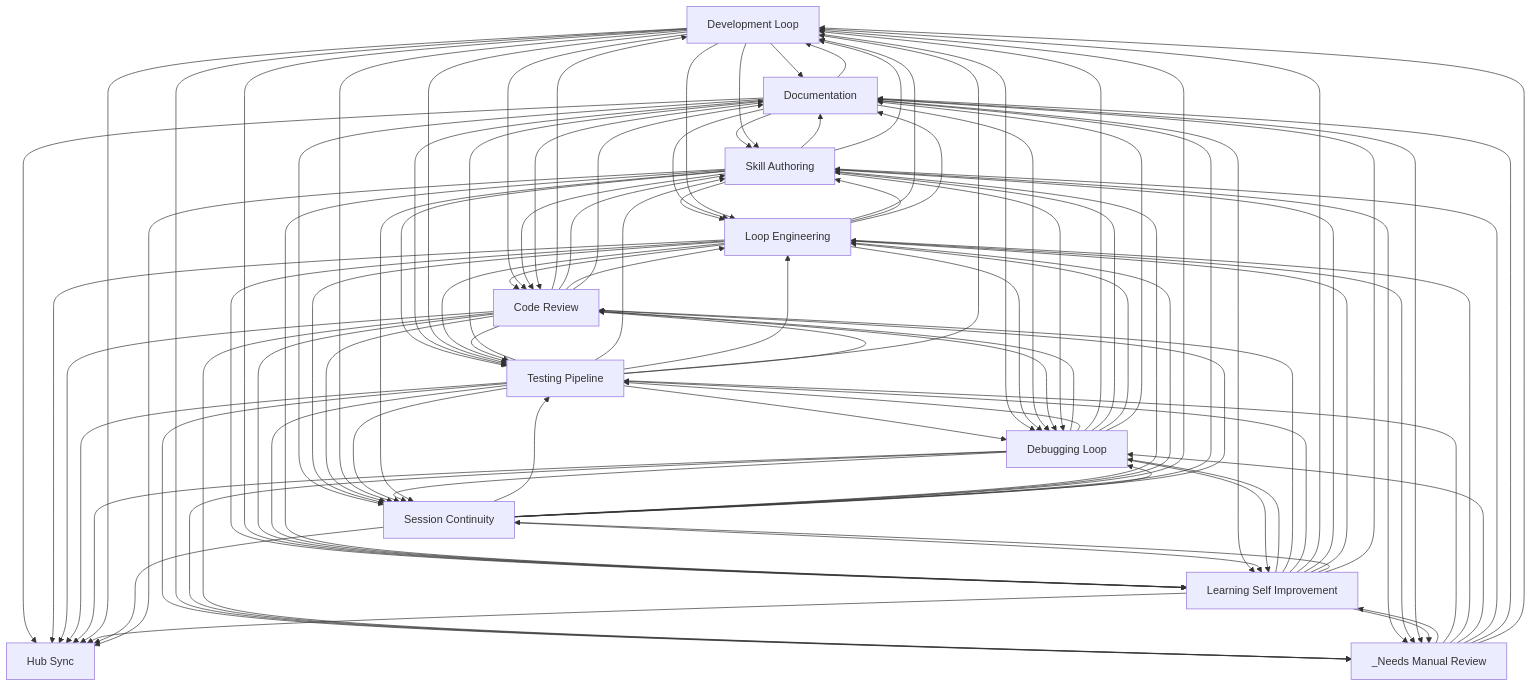
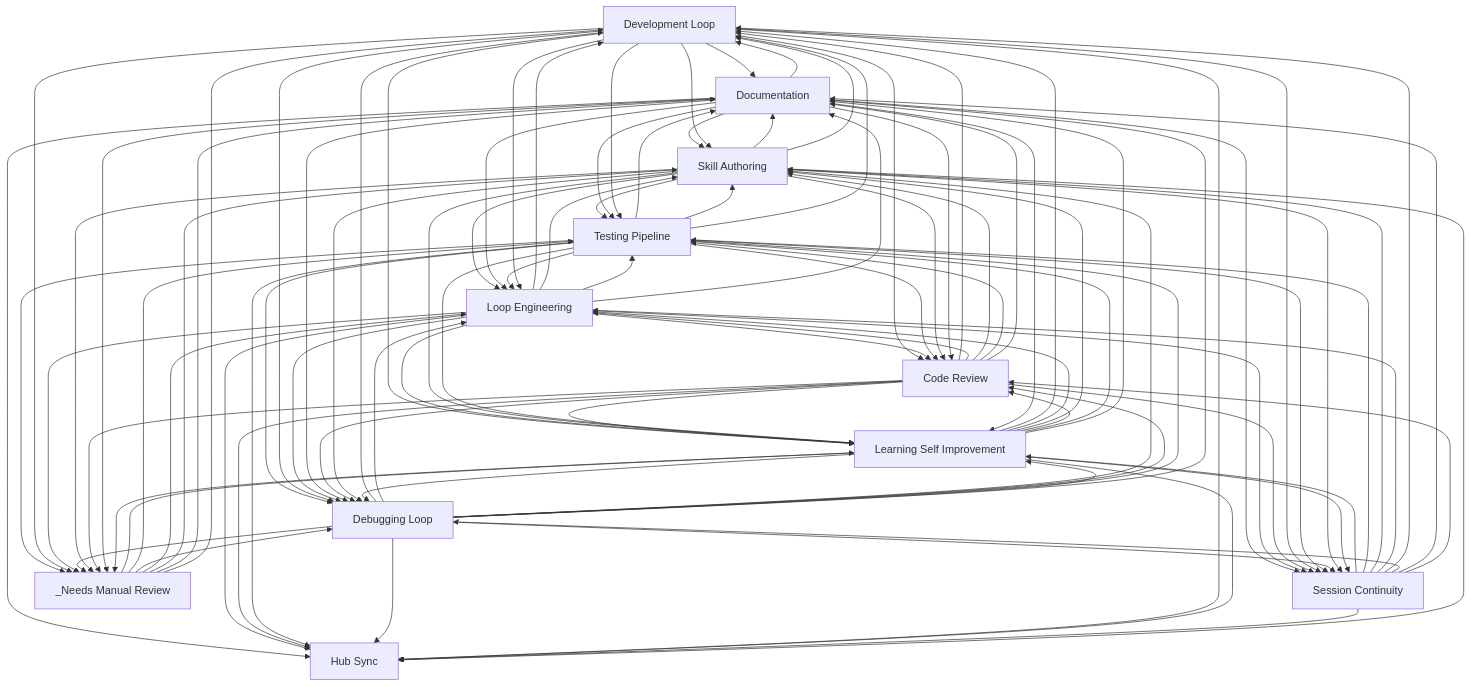
Before and after one commit to abhayla/claude-best-practices: the diagram in docs/workflows/INDEX.md, drawn with Mermaid. The commit also changed other lines of this file and 14 other files, not shown here.

````diff
--- a/docs/workflows/INDEX.md
+++ b/docs/workflows/INDEX.md
@@ -36,51 +36,51 @@
     skill_authoring --> documentation
     testing_pipeline --> documentation
     development_loop --> documentation
+    skill_authoring --> testing_pipeline
     skill_authoring --> loop_engineering
-    skill_authoring --> testing_pipeline
+    documentation --> skill_authoring
+    documentation --> testing_pipeline
+    documentation --> loop_engineering
     testing_pipeline --> skill_authoring
     testing_pipeline --> loop_engineering
-    documentation --> skill_authoring
-    documentation --> loop_engineering
-    documentation --> testing_pipeline
     development_loop --> skill_authoring
+    development_loop --> testing_pipeline
     development_loop --> loop_engineering
-    development_loop --> testing_pipeline
+    development_loop --> code_review
+    loop_engineering --> development_loop
+    loop_engineering --> skill_authoring
     loop_engineering --> code_review
     loop_engineering --> testing_pipeline
-    loop_engineering --> development_loop
-    loop_engineering --> skill_authoring
-    development_loop --> code_review
+    code_review --> development_loop
+    code_review --> loop_engineering
+    code_review --> skill_authoring
     code_review --> testing_pipeline
-    code_review --> development_loop
-    code_review --> skill_authoring
-    code_review --> loop_engineering
+    development_loop --> learning_self_improvement
     loop_engineering --> learning_self_improvement
-    development_loop --> learning_self_improvement
     code_review --> learning_self_improvement
     testing_pipeline --> development_loop
     testing_pipeline --> debugging_loop
     testing_pipeline --> code_review
+    debugging_loop --> development_loop
+    debugging_loop --> loop_engineering
+    debugging_loop --> skill_authoring
     debugging_loop --> code_review
     debugging_loop --> testing_pipeline
-    debugging_loop --> development_loop
-    debugging_loop --> skill_authoring
-    debugging_loop --> loop_engineering
     development_loop --> debugging_loop
     documentation --> development_loop
     loop_engineering --> debugging_loop
     loop_engineering --> documentation
     skill_authoring --> development_loop
     skill_authoring --> code_review
+    skill_authoring --> learning_self_improvement
     testing_pipeline --> learning_self_improvement
-    skill_authoring --> learning_self_improvement
     testing_pipeline --> _needs_manual_review
     development_loop --> _needs_manual_review
     documentation --> debugging_loop
     documentation --> code_review
     code_review --> debugging_loop
+    documentation --> learning_self_improvement
     documentation --> session_continuity
-    documentation --> learning_self_improvement
     documentation --> hub_sync
     loop_engineering --> session_continuity
     loop_engineering --> hub_sync
@@ -93,26 +93,26 @@
     _needs_manual_review --> learning_self_improvement
     _needs_manual_review --> testing_pipeline
     testing_pipeline --> session_continuity
+    debugging_loop --> learning_self_improvement
     debugging_loop --> session_continuity
-    debugging_loop --> learning_self_improvement
     testing_pipeline --> hub_sync
     debugging_loop --> documentation
     debugging_loop --> hub_sync
     development_loop --> hub_sync
     skill_authoring --> session_continuity
     skill_authoring --> debugging_loop
+    _needs_manual_review --> debugging_loop
     _needs_manual_review --> loop_engineering
-    _needs_manual_review --> debugging_loop
+    learning_self_improvement --> development_loop
+    learning_self_improvement --> loop_engineering
     learning_self_improvement --> debugging_loop
+    learning_self_improvement --> skill_authoring
     learning_self_improvement --> code_review
     learning_self_improvement --> testing_pipeline
-    learning_self_improvement --> development_loop
-    learning_self_improvement --> skill_authoring
-    learning_self_improvement --> loop_engineering
+    loop_engineering --> _needs_manual_review
     debugging_loop --> _needs_manual_review
+    skill_authoring --> _needs_manual_review
     code_review --> _needs_manual_review
-    skill_authoring --> _needs_manual_review
-    loop_engineering --> _needs_manual_review
     _needs_manual_review --> skill_authoring
     _needs_manual_review --> documentation
     _needs_manual_review --> development_loop
@@ -125,8 +125,8 @@
     session_continuity --> development_loop
     session_continuity --> debugging_loop
     session_continuity --> documentation
+    session_continuity --> hub_sync
     session_continuity --> code_review
-    session_continuity --> hub_sync
     skill_authoring --> hub_sync
     learning_self_improvement --> _needs_manual_review
 ```
````
